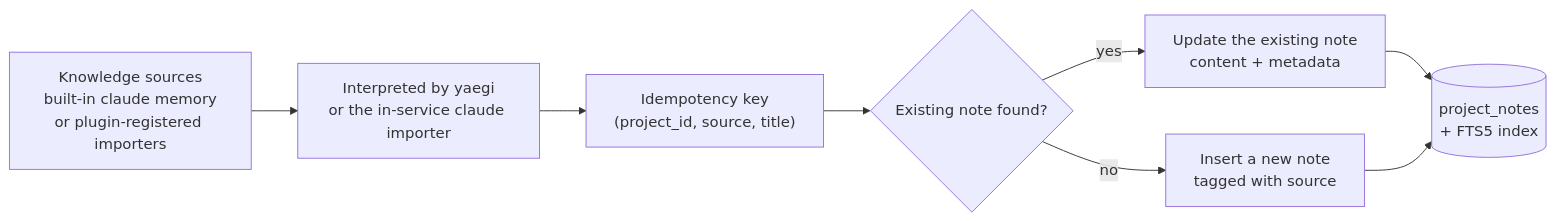
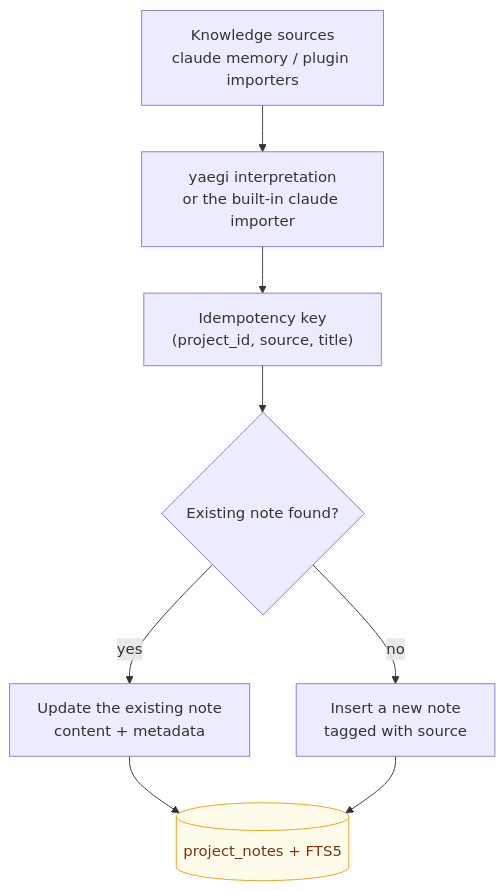
Before and after one commit to sky-jiangcheng/RepoNest: the diagram in docs/en/plugins/overview.md, drawn with Mermaid. The commit also changed 14 other files, not shown here.

First line of the commit message:
docs(diagrams): 全站 mermaid 图重构 — 告别'宽扁香肠'布局

````diff
--- a/docs/en/plugins/overview.md
+++ b/docs/en/plugins/overview.md
@@ -12,10 +12,12 @@
 ```mermaid
-flowchart LR
-    SRC["Knowledge sources<br/>built-in claude memory<br/>or plugin-registered importers"] --> RUN["Interpreted by yaegi<br/>or the in-service claude importer"]
+flowchart TB
+    SRC["Knowledge sources<br/>claude memory / plugin importers"] --> RUN["yaegi interpretation<br/>or the built-in claude importer"]
     RUN --> KEY["Idempotency key<br/>(project_id, source, title)"]
     KEY --> HIT{"Existing note found?"}
-    HIT -->|yes| UPD["Update the existing note<br/>content + metadata"]
-    HIT -->|no| INS["Insert a new note<br/>tagged with source"]
-    UPD --> DB[("project_notes<br/>+ FTS5 index")]
+    HIT -->|"yes"| UPD["Update the existing note<br/>content + metadata"]
+    HIT -->|"no"| INS["Insert a new note<br/>tagged with source"]
+    UPD --> DB[("project_notes + FTS5")]
     INS --> DB
+        classDef store fill:#fffbeb,stroke:#f59e0b,color:#78350f
+    class DB store
 ```
````
